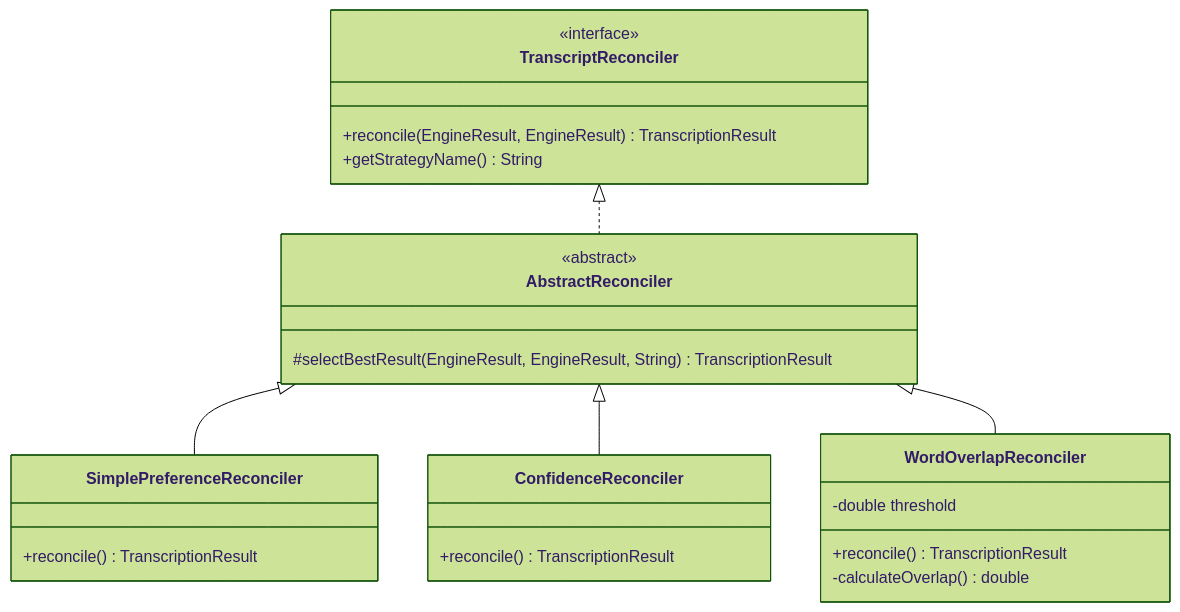
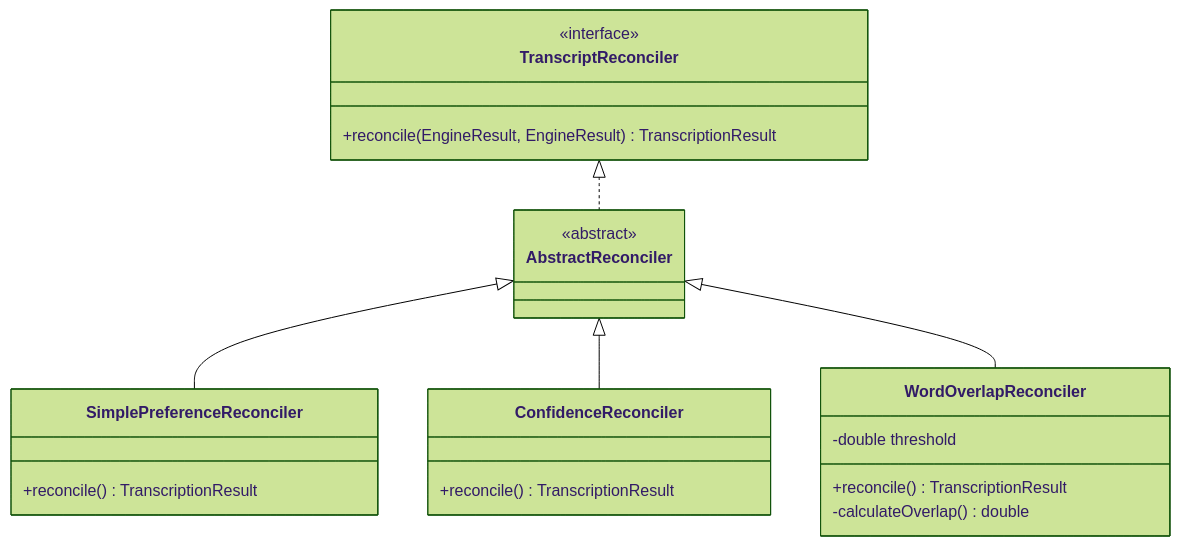
Before and after one commit to phillippitts/speakToMack: the second of 9 diagrams in docs/diagrams/class-dependencies.md, drawn with Mermaid (forest theme). The commit also changed other lines of this file and 499 other files, not shown here.

````diff
--- a/docs/diagrams/class-dependencies.md
+++ b/docs/diagrams/class-dependencies.md
@@ -72,32 +72,30 @@
 ```mermaid
 classDiagram
     class TranscriptReconciler {
         <<interface>>
         +reconcile(EngineResult, EngineResult) TranscriptionResult
-        +getStrategyName() String
     }
 
     class AbstractReconciler {
         <<abstract>>
-        #selectBestResult(EngineResult, EngineResult, String) TranscriptionResult
     }
 
     class SimplePreferenceReconciler {
         +reconcile() TranscriptionResult
     }
 
     class ConfidenceReconciler {
         +reconcile() TranscriptionResult
     }
 
     class WordOverlapReconciler {
         -double threshold
         +reconcile() TranscriptionResult
         -calculateOverlap() double
     }
 
     TranscriptReconciler <|.. AbstractReconciler
     AbstractReconciler <|-- SimplePreferenceReconciler
     AbstractReconciler <|-- ConfidenceReconciler
     AbstractReconciler <|-- WordOverlapReconciler
 ```
````
